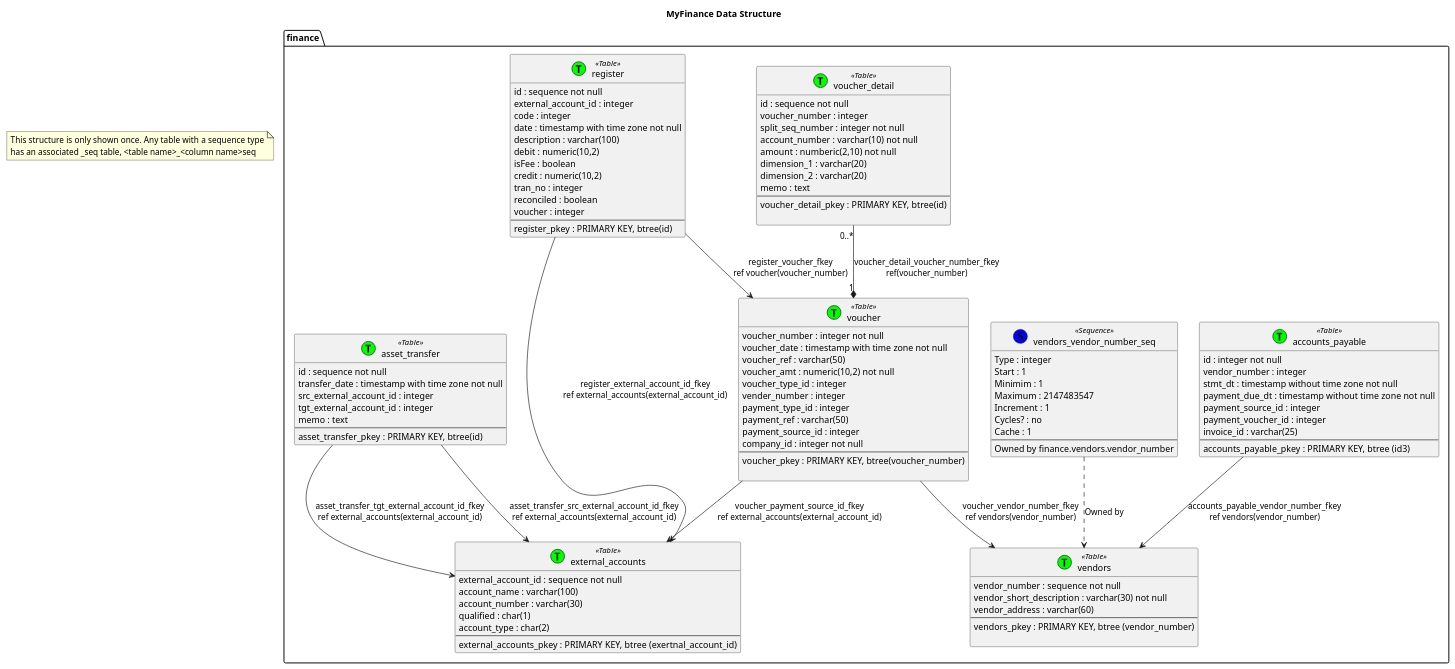
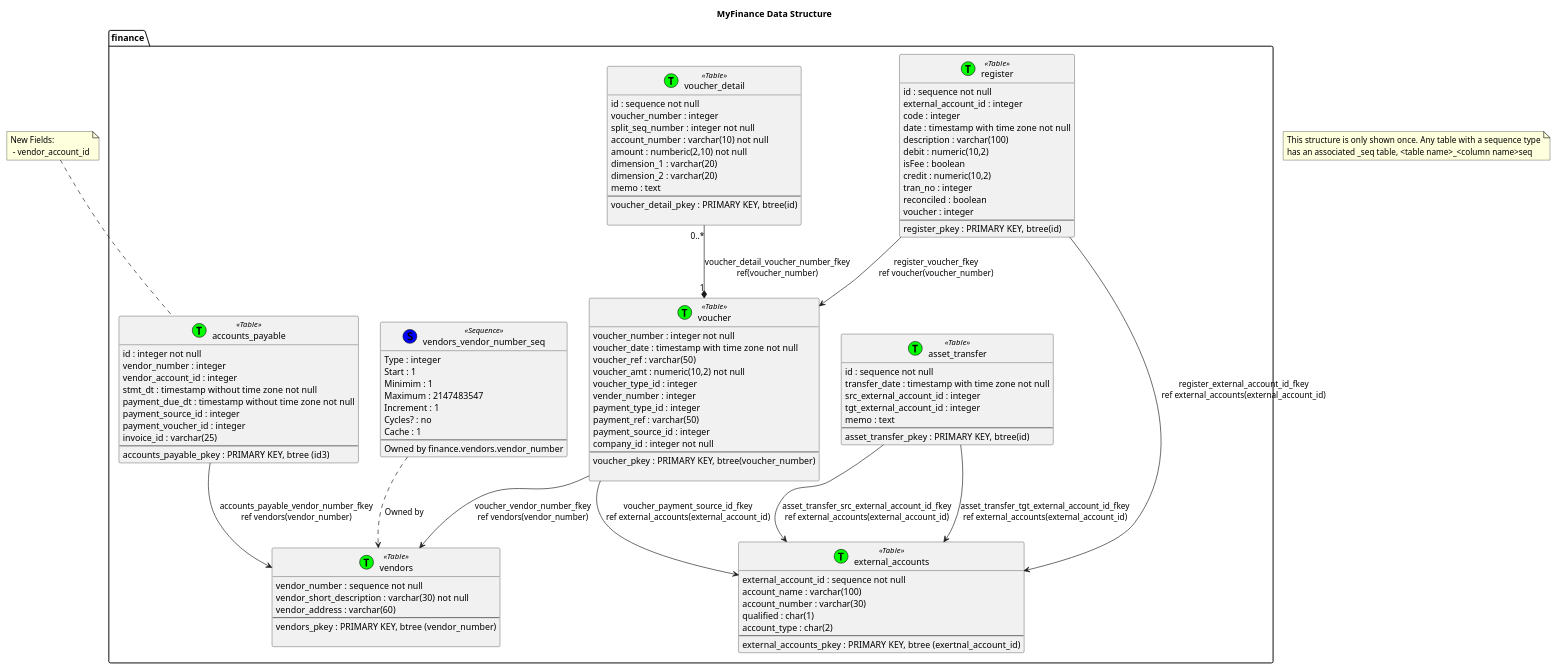
The diagram in docs/diagrams/MyFinance-data-class.puml (eskoviak/finance_cmd), drawn with PlantUML before and after one commit. The commit also changed 5 other files, not shown here.

```diff
--- a/docs/diagrams/MyFinance-data-class.puml
+++ b/docs/diagrams/MyFinance-data-class.puml
@@ -1,120 +1,126 @@
 @startuml myfinance-data-class
 title: MyFinance Data Structure
 
 class finance.vendors <<(T, #00FF00) Table>> {
 	vendor_number : sequence not null
 	vendor_short_description : varchar(30) not null
 	vendor_address : varchar(60)
 	--
 	vendors_pkey : PRIMARY KEY, btree (vendor_number)
 
 }
 
 class finance.accounts_payable <<(T, #00FF00) Table>> {
 	id : integer not null
 	vendor_number : integer
+	vendor_account_id : integer
 	stmt_dt : timestamp without time zone not null
 	payment_due_dt : timestamp without time zone not null
 	payment_source_id : integer
 	payment_voucher_id : integer
 	invoice_id : varchar(25)
 	--
 	accounts_payable_pkey : PRIMARY KEY, btree (id3)
 }
+
+note top of accounts_payable
+	New Fields:
+	 - vendor_account_id
+end note
 
 class finance.voucher <<(T, #00FF00) Table>> {
 	voucher_number : integer not null
 	voucher_date : timestamp with time zone not null
 	voucher_ref : varchar(50)
 	voucher_amt : numeric(10,2) not null
 	voucher_type_id : integer
 	vender_number : integer
 	payment_type_id : integer
 	payment_ref : varchar(50)
 	payment_source_id : integer
 	company_id : integer not null
 	--
 	voucher_pkey : PRIMARY KEY, btree(voucher_number)
 	
 }
 
 class finance.vendors_vendor_number_seq <<(S, #0000FF) Sequence>> {
 	Type : integer
 	Start : 1
 	Minimim : 1
 	Maximum : 2147483547
 	Increment : 1
 	Cycles? : no
 	Cache : 1
 	--
 	Owned by finance.vendors.vendor_number
 }
 
 class finance.voucher_detail <<(T, #00FF00) Table>> {
 	id : sequence not null
 	voucher_number : integer 
 	split_seq_number : integer not null
 	account_number : varchar(10) not null
 	amount : numberic(2,10) not null
 	dimension_1 : varchar(20)
 	dimension_2 : varchar(20)
 	memo : text
 	--
 	voucher_detail_pkey : PRIMARY KEY, btree(id) 
 	
 }
 
 class finance.asset_transfer <<(T, #00FF00) Table>> {
 	id : sequence not null
 	transfer_date : timestamp with time zone not null
 	src_external_account_id : integer
 	tgt_external_account_id : integer
 	memo : text
 	--
 	asset_transfer_pkey : PRIMARY KEY, btree(id)
 }
 
 class finance.external_accounts <<(T, #00FF00) Table>> {
 	external_account_id : sequence not null
 	account_name : varchar(100)
 	account_number : varchar(30)
 	qualified : char(1)
 	account_type : char(2)
 	--
 	external_accounts_pkey : PRIMARY KEY, btree (exertnal_account_id)
 }
 
 class finance.register <<(T, #00FF00) Table>> {
 	id : sequence not null
 	external_account_id : integer
 	code : integer
 	date : timestamp with time zone not null
 	description : varchar(100)
 	debit : numeric(10,2)
 	isFee : boolean
 	credit : numeric(10,2)
 	tran_no : integer
 	reconciled : boolean
 	voucher : integer
 	--
 	register_pkey : PRIMARY KEY, btree(id)
 }
 
 
 accounts_payable --> vendors : accounts_payable_vendor_number_fkey\nref vendors(vendor_number)
 voucher --> vendors : voucher_vendor_number_fkey\nref vendors(vendor_number)
 voucher_detail "0..*" --* "1" voucher : voucher_detail_voucher_number_fkey\nref(voucher_number)
 vendors_vendor_number_seq ..> vendors : Owned by
 asset_transfer --> external_accounts : asset_transfer_src_external_account_id_fkey\nref external_accounts(external_account_id)
 asset_transfer --> external_accounts : asset_transfer_tgt_external_account_id_fkey\nref external_accounts(external_account_id)
 voucher --> external_accounts : voucher_payment_source_id_fkey\nref external_accounts(external_account_id)
 register --> external_accounts : register_external_account_id_fkey\nref external_accounts(external_account_id)
 register --> voucher : register_voucher_fkey\nref voucher(voucher_number)
 
 
 note as N1 
 	This structure is only shown once.  Any table with a sequence type
 	has an associated _seq table, <table name>_<column name>seq
 end note
 
 @enduml
```
